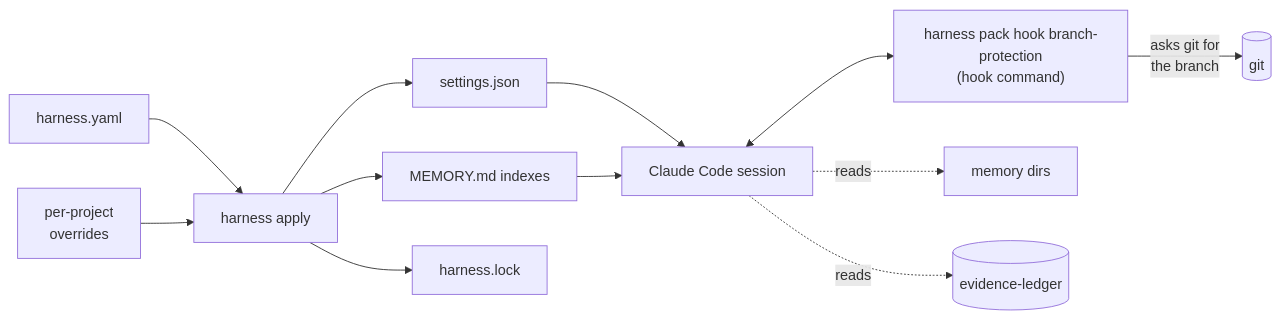
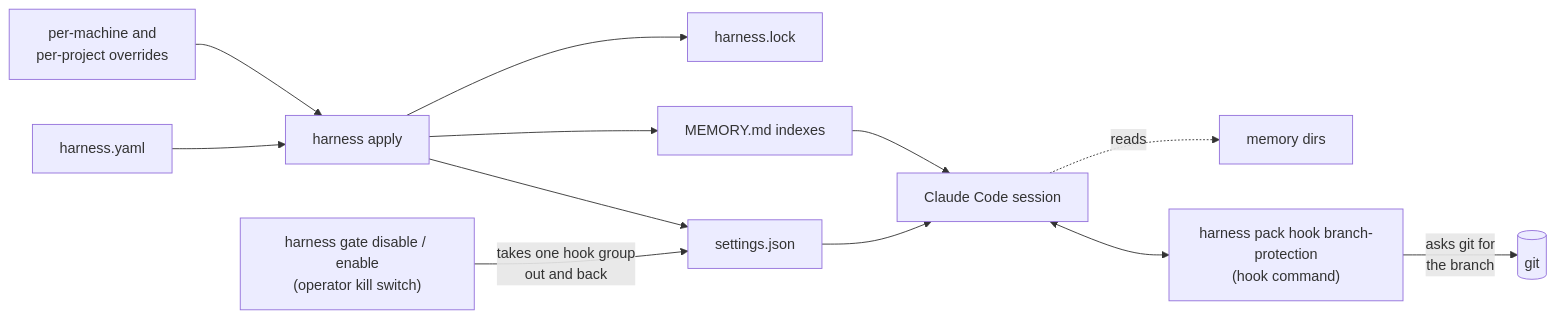
The first of 2 diagrams in docs/for-humans.md (LanNguyenSi/harness), drawn with Mermaid before and after one commit. The commit also changed other lines of this file and 27 other files, not shown here.

````diff
--- a/docs/for-humans.md
+++ b/docs/for-humans.md
@@ -23,25 +23,26 @@
 ```mermaid
 flowchart LR
     yaml[harness.yaml]
-    overrides[per-project<br/>overrides]
+    overrides[per-machine and<br/>per-project overrides]
     apply[harness apply]
     settings[settings.json]
     memidx[MEMORY.md indexes]
     lock[harness.lock]
     cc[Claude Code session]
     bphook["harness pack hook branch-protection<br/>(hook command)"]
     memdirs[memory dirs]
-    ledger[(evidence-ledger)]
+    gate["harness gate disable / enable<br/>(operator kill switch)"]
+    git[(git)]
 
     yaml --> apply
     overrides --> apply
     apply --> settings
     apply --> memidx
     apply --> lock
     settings --> cc
     memidx --> cc
+    gate -->|"takes one hook group<br/>out and back"| settings
     cc <--> bphook
-    bphook -->|"asks git for<br/>the branch"| git[(git)]
+    bphook -->|"asks git for<br/>the branch"| git
     cc -. reads .-> memdirs
-    cc -. reads .-> ledger
 ```
````
